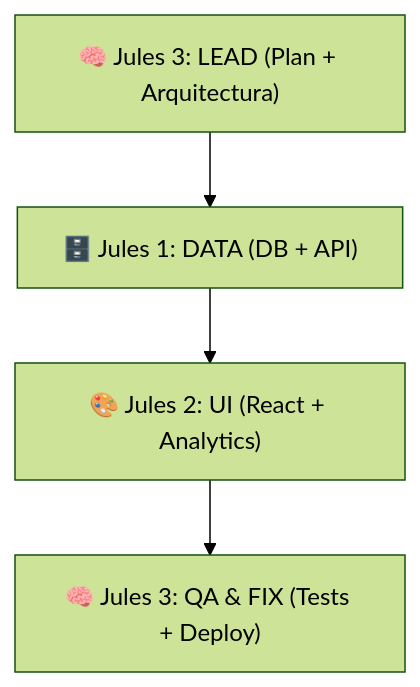
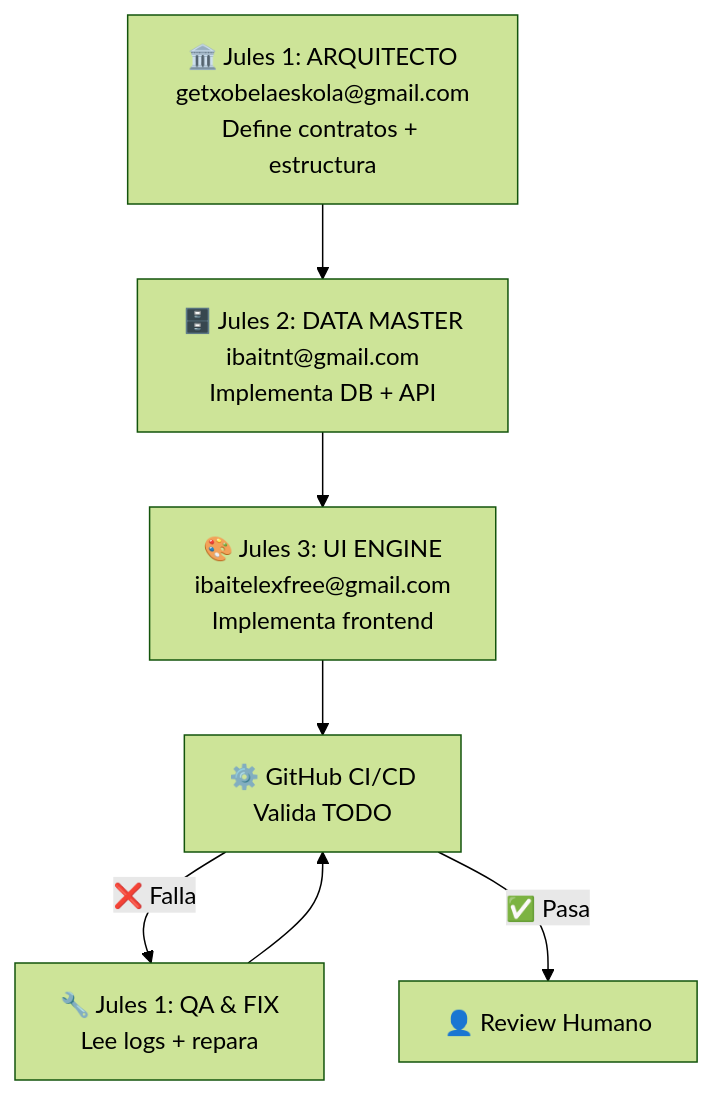
Before and after one commit to ibaitelexfree-creator/getxobelaeskola: the diagram in .Jules/PIPELINE.md, drawn with Mermaid (forest theme). The commit also changed other lines of this file and 28 other files, not shown here.

````diff
--- a/.Jules/PIPELINE.md
+++ b/.Jules/PIPELINE.md
@@ -9,6 +9,9 @@
 ```mermaid
 graph TD
-    A["🧠 Jules 3: LEAD (Plan + Arquitectura)"] --> B["🗄️ Jules 1: DATA (DB + API)"]
-    B --> C["🎨 Jules 2: UI (React + Analytics)"]
-    C --> D["🧠 Jules 3: QA & FIX (Tests + Deploy)"]
+    A["🏛️ Jules 1: ARQUITECTO<br/>getxobelaeskola@gmail.com<br/>Define contratos + estructura"] --> B["🗄️ Jules 2: DATA MASTER<br/>ibaitnt@gmail.com<br/>Implementa DB + API"]
+    B --> C["🎨 Jules 3: UI ENGINE<br/>ibaitelexfree@gmail.com<br/>Implementa frontend"]
+    C --> D["⚙️ GitHub CI/CD<br/>Valida TODO"]
+    D -->|❌ Falla| E["🔧 Jules 1: QA & FIX<br/>Lee logs + repara"]
+    E --> D
+    D -->|✅ Pasa| F["👤 Review Humano"]
 ```
````
